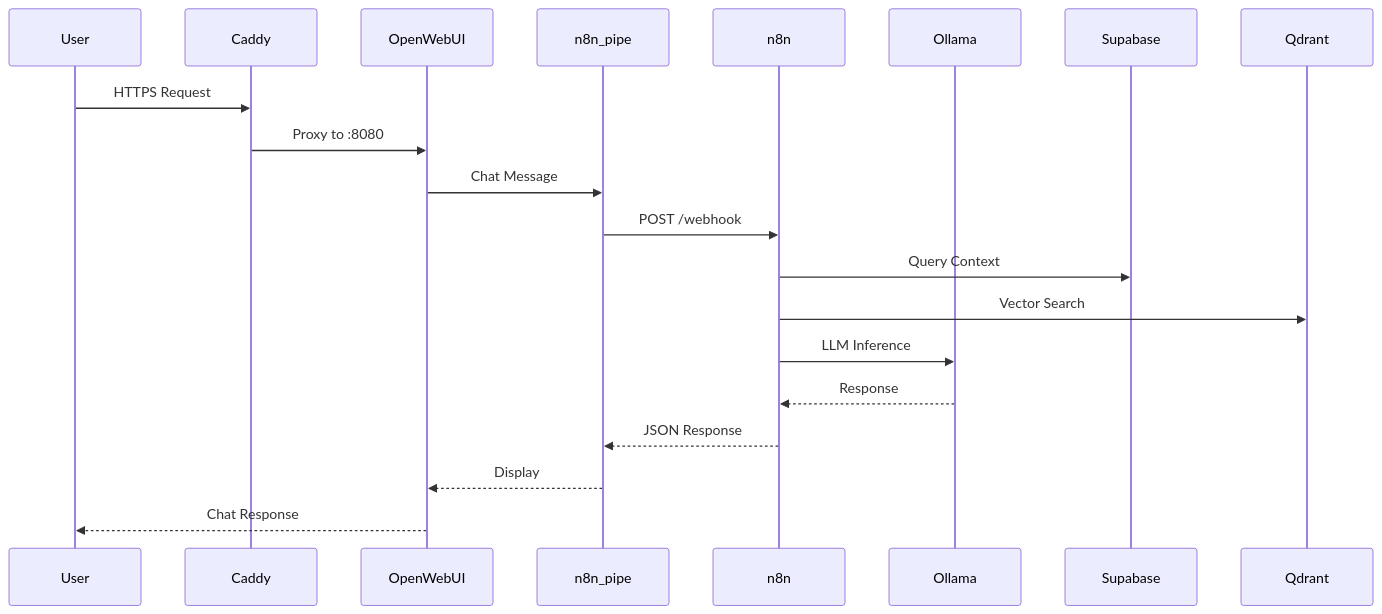
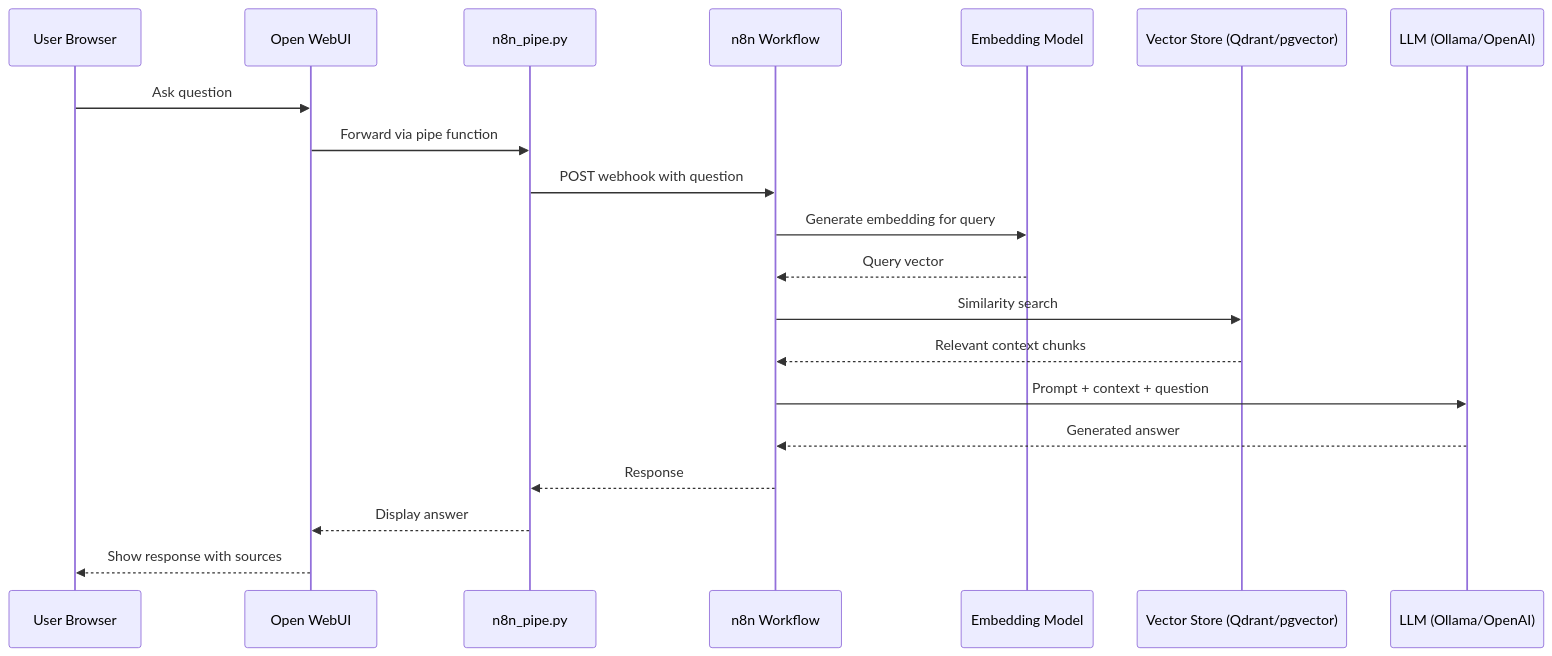
The fourth of 6 diagrams in docs/architecture/diagrams.md (mdc159/cbass), drawn with Mermaid before and after one commit. The commit also changed other lines of this file, not shown here.

First line of the commit message:
docs: comprehensive architecture diagrams with FigJam links

````diff
--- a/docs/architecture/diagrams.md
+++ b/docs/architecture/diagrams.md
@@ -62,23 +189,23 @@
 ```mermaid
 sequenceDiagram
-    participant User
-    participant Caddy
-    participant OpenWebUI
-    participant n8n_pipe
-    participant n8n
-    participant Ollama
-    participant Supabase
-    participant Qdrant
+    participant U as User Browser
+    participant OW as Open WebUI
+    participant Pipe as n8n_pipe.py
+    participant N8N as n8n Workflow
+    participant EMB as Embedding Model
+    participant VS as Vector Store (Qdrant/pgvector)
+    participant LLM as LLM (Ollama/OpenAI)
 
-    User->>Caddy: HTTPS Request
-    Caddy->>OpenWebUI: Proxy to :8080
-    OpenWebUI->>n8n_pipe: Chat Message
-    n8n_pipe->>n8n: POST /webhook
-    n8n->>Supabase: Query Context
-    n8n->>Qdrant: Vector Search
-    n8n->>Ollama: LLM Inference
-    Ollama-->>n8n: Response
-    n8n-->>n8n_pipe: JSON Response
-    n8n_pipe-->>OpenWebUI: Display
-    OpenWebUI-->>User: Chat Response
+    U->>OW: Ask question
+    OW->>Pipe: Forward via pipe function
+    Pipe->>N8N: POST webhook with question
+    N8N->>EMB: Generate embedding for query
+    EMB-->>N8N: Query vector
+    N8N->>VS: Similarity search
+    VS-->>N8N: Relevant context chunks
+    N8N->>LLM: Prompt + context + question
+    LLM-->>N8N: Generated answer
+    N8N-->>Pipe: Response
+    Pipe-->>OW: Display answer
+    OW-->>U: Show response with sources
 ```
````
